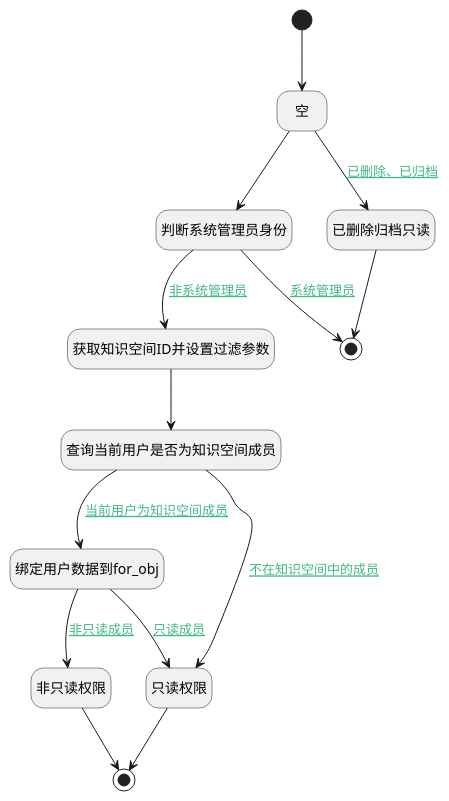
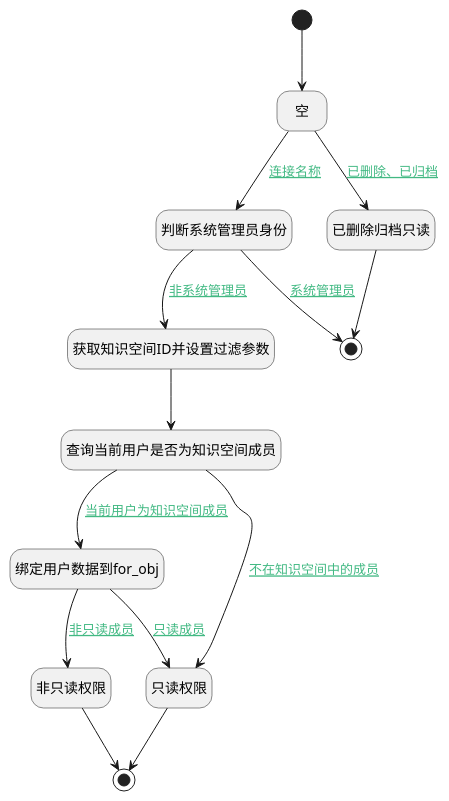
One commit to iBizLab/plm changed the diagram in doc/docsify/module/Wiki/space/logic/get_space_member_one.md. Above: the diagram before and after it, drawn with PlantUML. The commit also changed other lines of this file and 2903 other files, not shown here.

````diff
--- a/doc/docsify/module/Wiki/space/logic/get_space_member_one.md
+++ b/doc/docsify/module/Wiki/space/logic/get_space_member_one.md
@@ -7,40 +7,40 @@
 ```plantuml
 @startuml
 hide empty description
 <style>
 root {
   HyperlinkColor #42b983
 }
 </style>
 
 hide empty description
 state "开始" as Begin <<start>> [[$./get_space_member_one#begin {"开始"}]]
 state "结束" as END2 <<end>> [[$./get_space_member_one#end2 {"结束"}]]
 state "获取知识空间ID并设置过滤参数" as PREPAREPARAM2  [[$./get_space_member_one#prepareparam2 {"获取知识空间ID并设置过滤参数"}]]
 state "查询当前用户是否为知识空间成员" as DEDATASET3  [[$./get_space_member_one#dedataset3 {"查询当前用户是否为知识空间成员"}]]
 state "绑定用户数据到for_obj" as PREPAREPARAM5  [[$./get_space_member_one#prepareparam5 {"绑定用户数据到for_obj"}]]
 state "空" as PREPAREPARAM_01  [[$./get_space_member_one#prepareparam_01 {"空"}]]
 state "只读权限" as RAWSFCODE1  [[$./get_space_member_one#rawsfcode1 {"只读权限"}]]
 state "非只读权限" as RAWSFCODE2  [[$./get_space_member_one#rawsfcode2 {"非只读权限"}]]
 state "结束" as END6 <<end>> [[$./get_space_member_one#end6 {"结束"}]]
 state "判断系统管理员身份" as RAWSFCODE3  [[$./get_space_member_one#rawsfcode3 {"判断系统管理员身份"}]]
 state "已删除归档只读" as RAWSFCODE_01  [[$./get_space_member_one#rawsfcode_01 {"已删除归档只读"}]]
 
 
 Begin --> PREPAREPARAM_01
 PREPAREPARAM_01 --> RAWSFCODE_01 : [[$./get_space_member_one#prepareparam_01-rawsfcode_01{已删除、已归档} 已删除、已归档]]
 RAWSFCODE_01 --> END2
-PREPAREPARAM_01 --> RAWSFCODE3
+PREPAREPARAM_01 --> RAWSFCODE3 : [[$./get_space_member_one#prepareparam_01-rawsfcode3{连接名称} 连接名称]]
 RAWSFCODE3 --> PREPAREPARAM2 : [[$./get_space_member_one#rawsfcode3-prepareparam2{非系统管理员} 非系统管理员]]
 PREPAREPARAM2 --> DEDATASET3
 DEDATASET3 --> RAWSFCODE1 : [[$./get_space_member_one#dedataset3-rawsfcode1{不在知识空间中的成员} 不在知识空间中的成员]]
 RAWSFCODE1 --> END6
 DEDATASET3 --> PREPAREPARAM5 : [[$./get_space_member_one#dedataset3-prepareparam5{当前用户为知识空间成员} 当前用户为知识空间成员]]
 PREPAREPARAM5 --> RAWSFCODE2 : [[$./get_space_member_one#prepareparam5-rawsfcode2{非只读成员} 非只读成员]]
 RAWSFCODE2 --> END6
 PREPAREPARAM5 --> RAWSFCODE1 : [[$./get_space_member_one#prepareparam5-rawsfcode1{只读成员} 只读成员]]
 RAWSFCODE3 --> END2 : [[$./get_space_member_one#rawsfcode3-end2{系统管理员} 系统管理员]]
 
 
 @enduml
 ```
````
